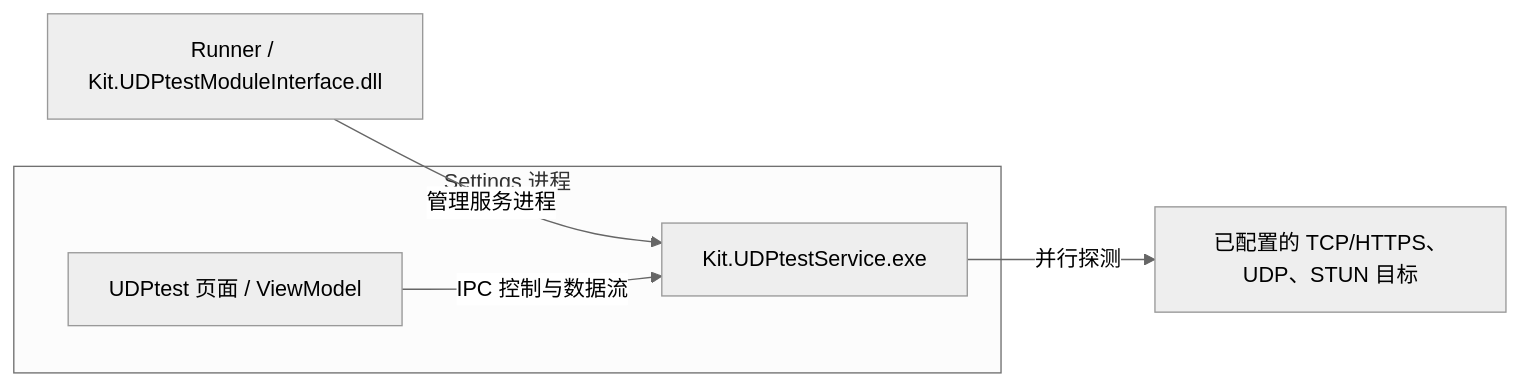
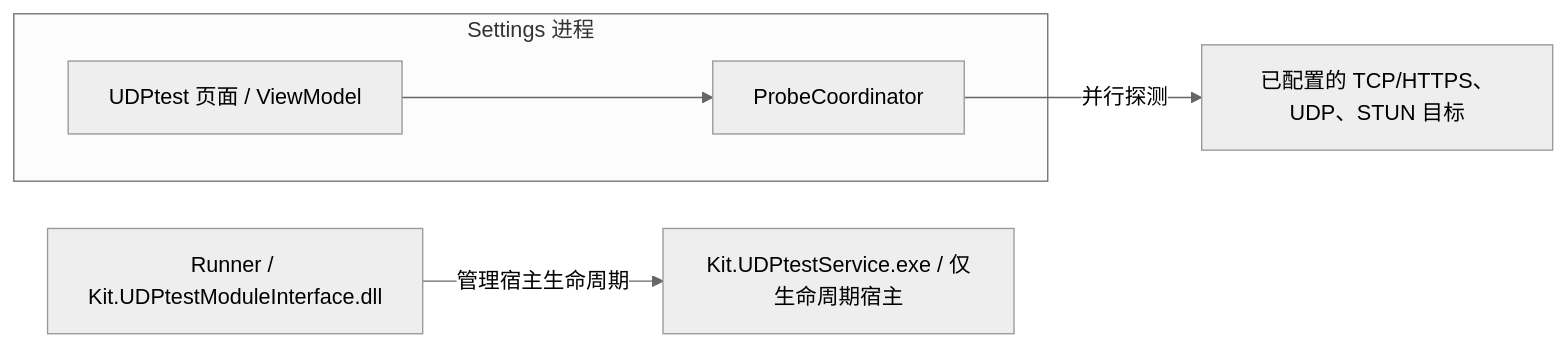
Before and after one commit to guijianchou/Kit: the fifth of 7 diagrams in README_zh.md, drawn with Mermaid (neutral theme). The commit also changed other lines of this file and 136 other files, not shown here.

````diff
--- a/README_zh.md
+++ b/README_zh.md
@@ -173,8 +173,8 @@
 ```mermaid
 flowchart LR
-    MI["Runner / Kit.UDPtestModuleInterface.dll"] -->|"管理服务进程"| SVC["Kit.UDPtestService.exe"]
+    MI["Runner / Kit.UDPtestModuleInterface.dll"] -->|"管理宿主生命周期"| SVC["Kit.UDPtestService.exe / 仅生命周期宿主"]
     subgraph S["Settings 进程"]
-        PG["UDPtest 页面 / ViewModel"] -->|"IPC 控制与数据流"| SVC
+        PG["UDPtest 页面 / ViewModel"] --> CORE["ProbeCoordinator"]
     end
-    SVC -->|"并行探测"| TARGET["已配置的 TCP/HTTPS、UDP、STUN 目标"]
+    CORE -->|"并行探测"| TARGET["已配置的 TCP/HTTPS、UDP、STUN 目标"]
 ```
````
